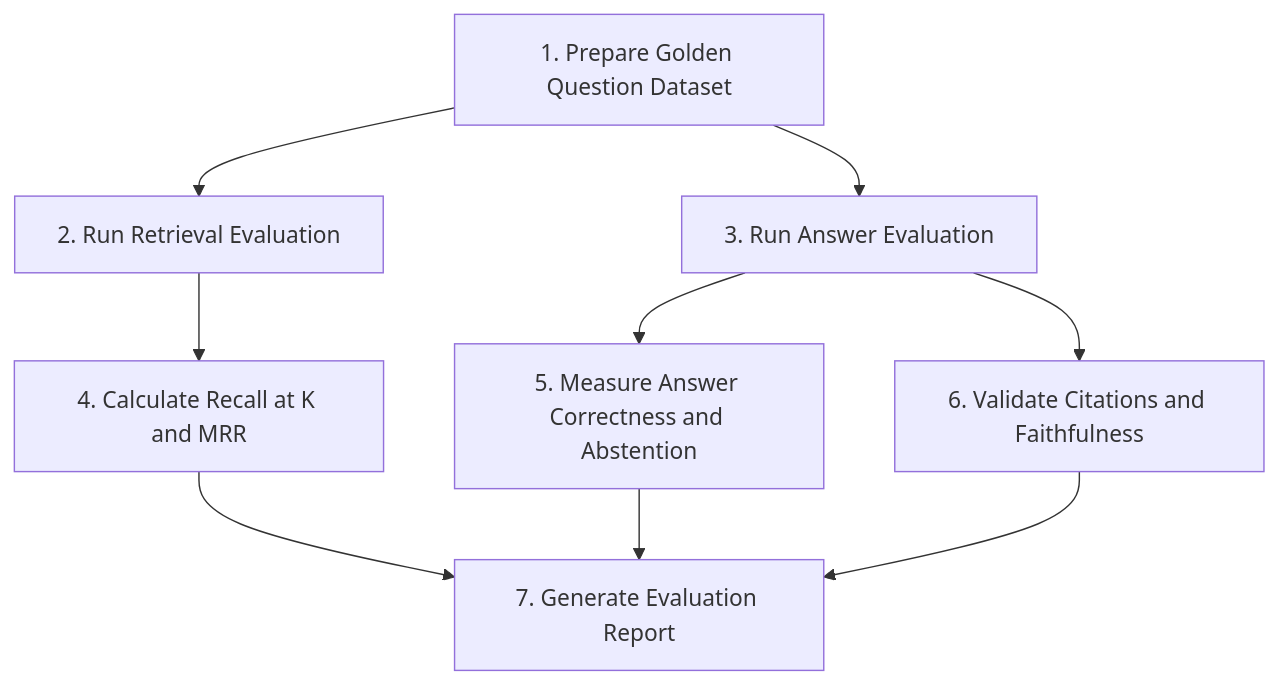
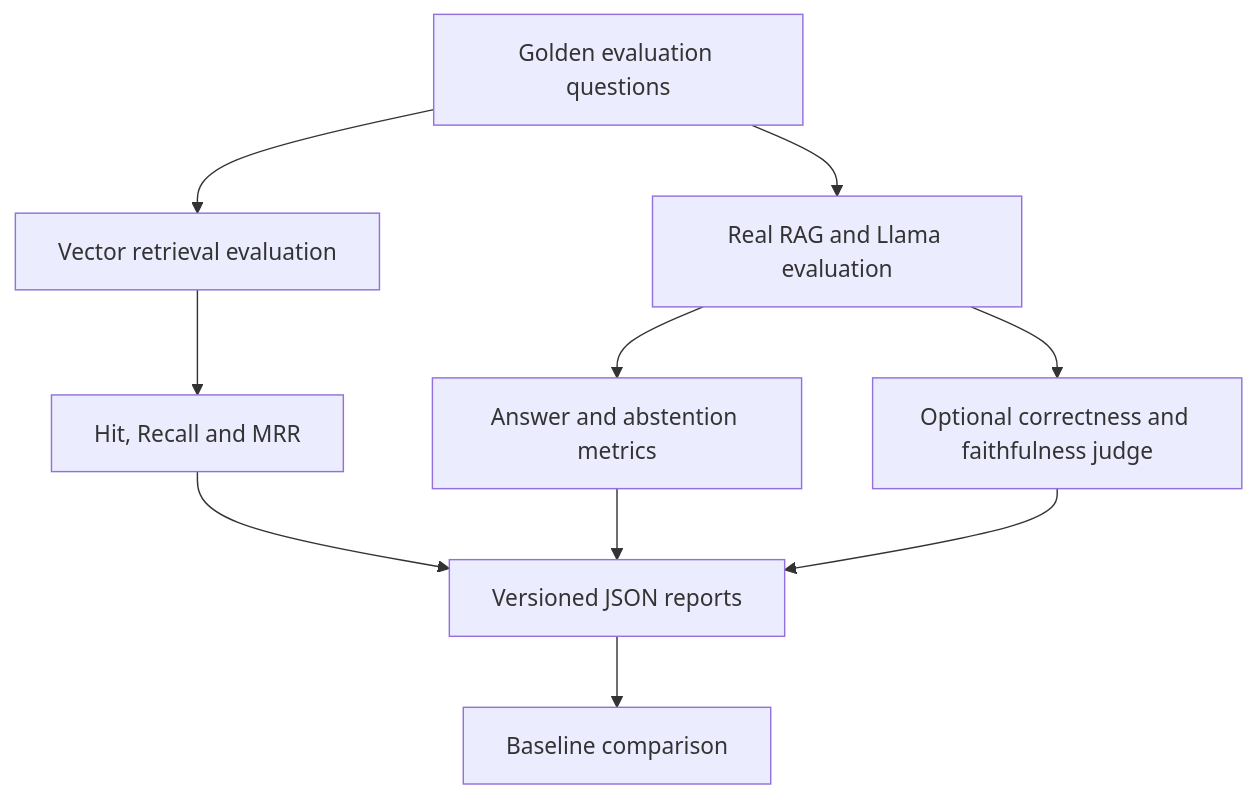
One commit to hidayatarg/enterprise-rag changed the fifth of 5 diagrams in readme.md. Above: the diagram before and after it, drawn with Mermaid. The commit also changed other lines of this file and 7 other files, not shown here.

````diff
--- a/readme.md
+++ b/readme.md
@@ -229,18 +231,12 @@
 ```mermaid
 flowchart TD
-    A["1. Prepare Golden Question Dataset"]
-    B["2. Run Retrieval Evaluation"]
-    C["3. Run Answer Evaluation"]
-    D["4. Calculate Recall at K and MRR"]
-    E["5. Measure Answer Correctness and Abstention"]
-    F["6. Validate Citations and Faithfulness"]
-    G["7. Generate Evaluation Report"]
-    A --> B
-    A --> C
-    B --> D
-    C --> E
-    C --> F
-    D --> G
+    A["Golden evaluation questions"] --> B["Vector retrieval evaluation"]
+    A --> C["Real RAG and Llama evaluation"]
+    B --> D["Hit, Recall and MRR"]
+    C --> E["Answer and abstention metrics"]
+    C --> F["Optional correctness and faithfulness judge"]
+    D --> G["Versioned JSON reports"]
     E --> G
     F --> G
+    G --> H["Baseline comparison"]
 ```
````
